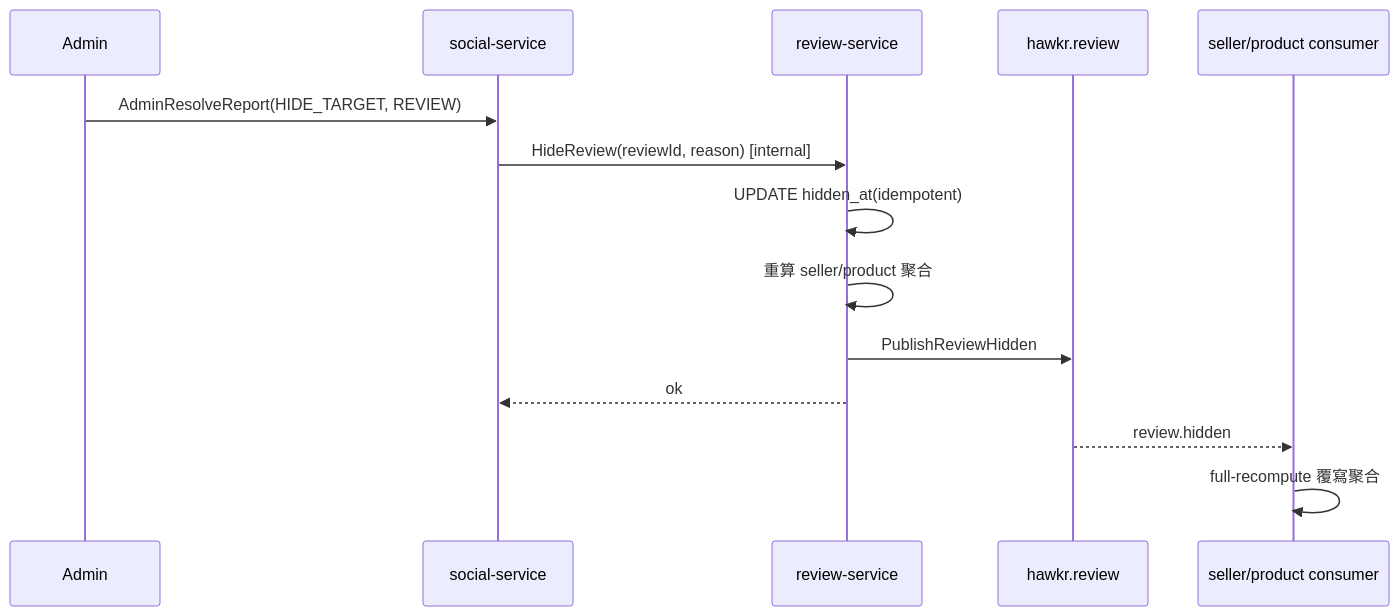
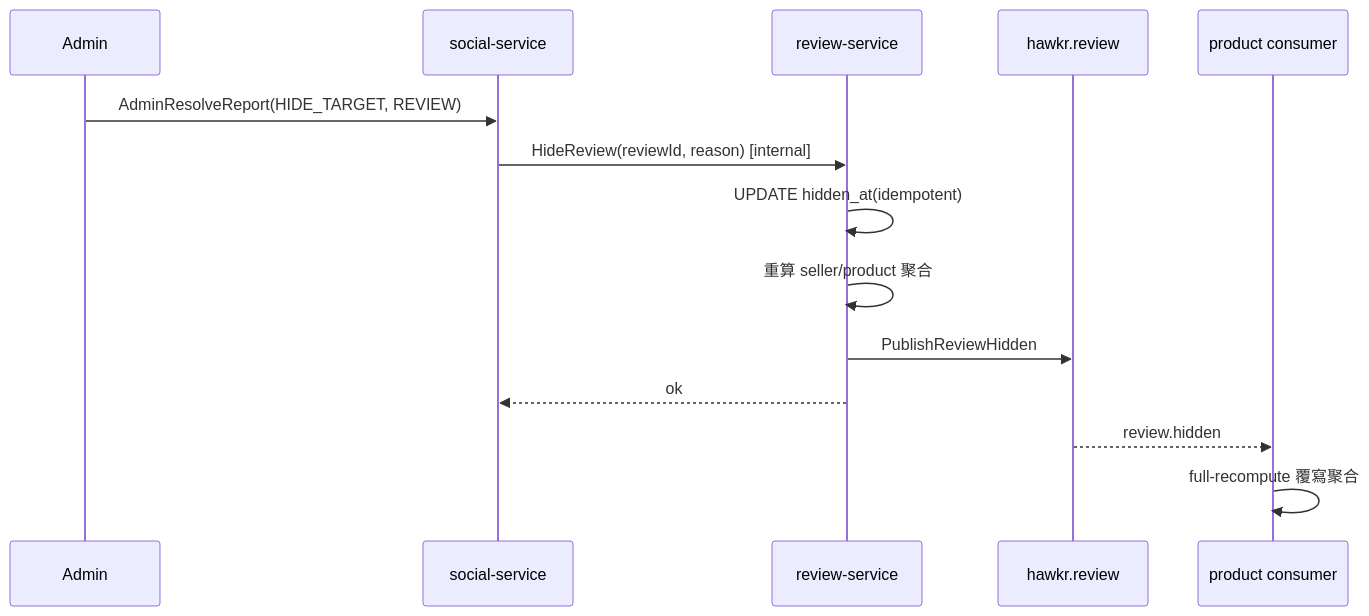
The seventh of 8 diagrams in backend/docs/詳細設計書/43-評論微服務（Review Service）詳細設計書.md (Will413028/hawkr), drawn with Mermaid before and after one commit. The commit also changed other lines of this file and 24 other files, not shown here.

````diff
--- a/backend/docs/詳細設計書/43-評論微服務（Review Service）詳細設計書.md
+++ b/backend/docs/詳細設計書/43-評論微服務（Review Service）詳細設計書.md
@@ -553,17 +549,17 @@
 ```mermaid
 sequenceDiagram
     participant A as Admin
     participant S as social-service
     participant R as review-service
     participant MQ as hawkr.review
-    participant DS as seller/product consumer
+    participant DS as product consumer
 
     A->>S: AdminResolveReport(HIDE_TARGET, REVIEW)
     S->>R: HideReview(reviewId, reason) [internal]
     R->>R: UPDATE hidden_at(idempotent)
     R->>R: 重算 seller/product 聚合
     R->>MQ: PublishReviewHidden
     R-->>S: ok
     MQ-->>DS: review.hidden
     DS->>DS: full-recompute 覆寫聚合
 ```
````
